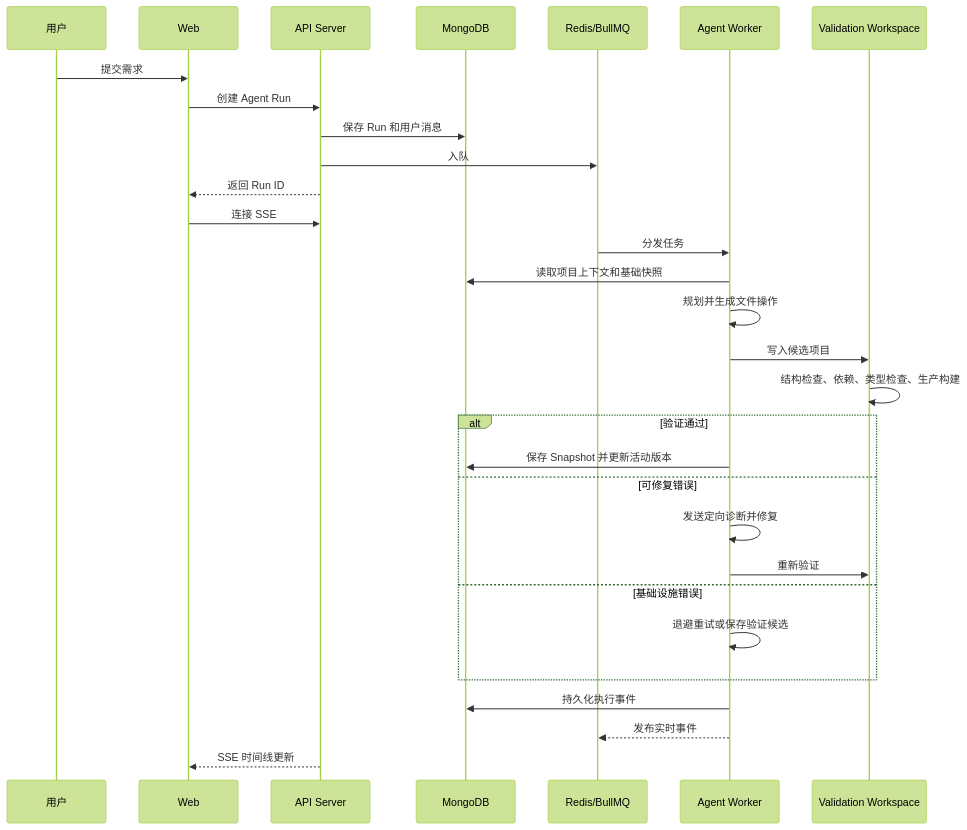
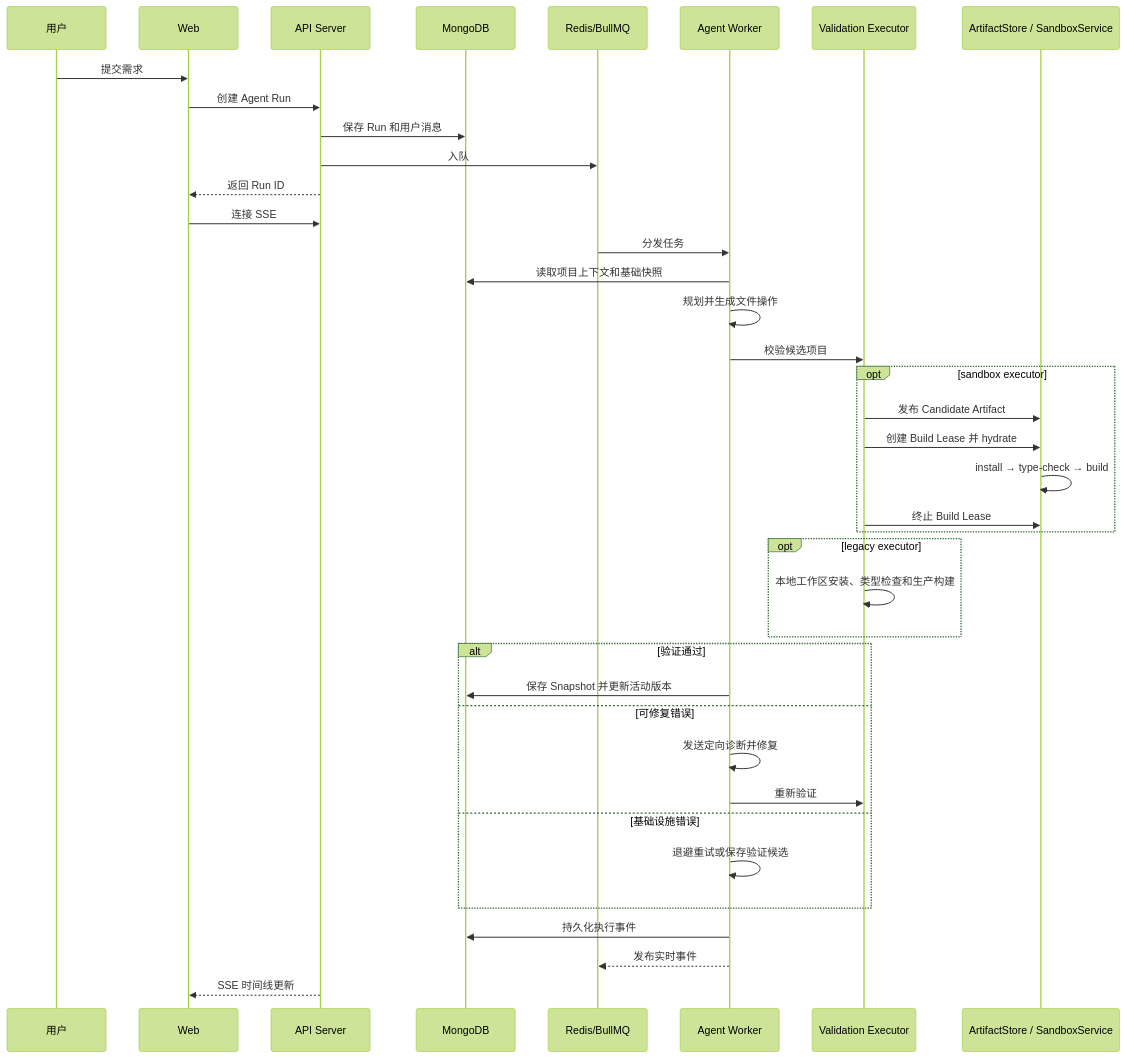
The diagram in docs/architecture.md (leedj8886/ai-app-builder-foundation), drawn with Mermaid (forest theme) before and after one commit. The commit also changed other lines of this file and 25 other files, not shown here.

Commit message:
feat: validate agent builds through sandbox service

````diff
--- a/docs/architecture.md
+++ b/docs/architecture.md
@@ -34,33 +36,42 @@
 ```mermaid
 sequenceDiagram
     participant U as 用户
     participant W as Web
     participant A as API Server
     participant M as MongoDB
     participant Q as Redis/BullMQ
     participant R as Agent Worker
-    participant V as Validation Workspace
+    participant V as Validation Executor
+    participant S as ArtifactStore / SandboxService
 
     U->>W: 提交需求
     W->>A: 创建 Agent Run
     A->>M: 保存 Run 和用户消息
     A->>Q: 入队
     A-->>W: 返回 Run ID
     W->>A: 连接 SSE
     Q->>R: 分发任务
     R->>M: 读取项目上下文和基础快照
     R->>R: 规划并生成文件操作
-    R->>V: 写入候选项目
-    V->>V: 结构检查、依赖、类型检查、生产构建
+    R->>V: 校验候选项目
+    opt sandbox executor
+        V->>S: 发布 Candidate Artifact
+        V->>S: 创建 Build Lease 并 hydrate
+        S->>S: install → type-check → build
+        V->>S: 终止 Build Lease
+    end
+    opt legacy executor
+        V->>V: 本地工作区安装、类型检查和生产构建
+    end
     alt 验证通过
         R->>M: 保存 Snapshot 并更新活动版本
     else 可修复错误
         R->>R: 发送定向诊断并修复
         R->>V: 重新验证
     else 基础设施错误
         R->>R: 退避重试或保存验证候选
     end
     R->>M: 持久化执行事件
     R-->>Q: 发布实时事件
     A-->>W: SSE 时间线更新
 ```
````
